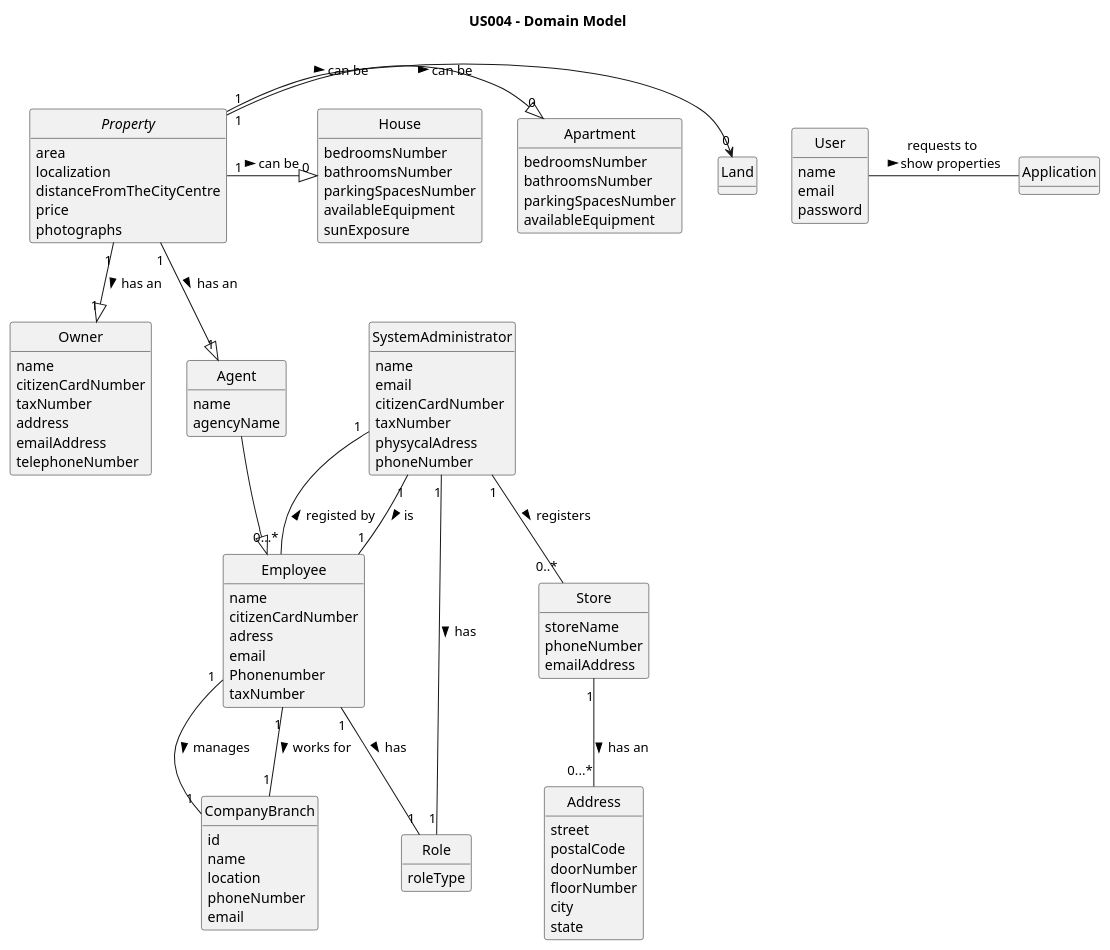
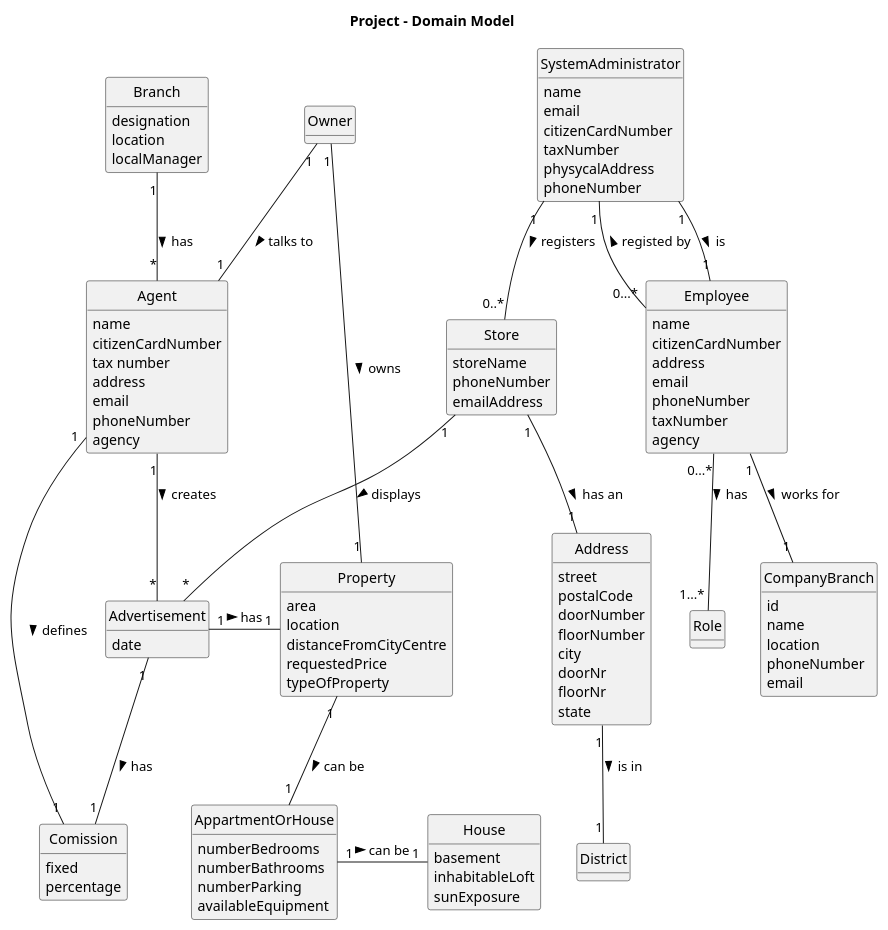
Before and after one commit to 1220812/LAPR2: the diagram in docs/sprintA/global-artifacts/02.analysis/puml/project-domain-model.puml, drawn with PlantUML. The commit also changed 2 other files, not shown here.

Commit message:
us003 correct and project domain model without us004

```diff
--- a/docs/sprintA/global-artifacts/02.analysis/puml/project-domain-model.puml
+++ b/docs/sprintA/global-artifacts/02.analysis/puml/project-domain-model.puml
@@ -1,134 +1,141 @@
 @startuml
 skinparam monochrome true
 skinparam packageStyle rectangle
 skinparam shadowing false
 
 'left to right direction
 
 skinparam classAttributeIconSize 0
 
 hide circle
 hide methods
 
-title US004 - Domain Model
+title Project - Domain Model
 
-abstract class Property {
-    area
-    localization
-    distanceFromTheCityCentre
-    price
-    photographs
+class District {
 }
 
-class Owner {
+
+class Branch {
+    designation
+    location
+    localManager
+}
+
+class Agent {
     name
     citizenCardNumber
-    taxNumber
+    tax number
     address
-    emailAddress
-    telephoneNumber
+    email
+    phoneNumber
+    agency
 }
 
-class Land{
-
+class Property {
+    area
+    location
+    distanceFromCityCentre
+    requestedPrice
+    typeOfProperty
 }
 
-class House{
-    bedroomsNumber
-    bathroomsNumber
-    parkingSpacesNumber
+class Advertisement {
+    date
+}
+
+class AppartmentOrHouse {
+    numberBedrooms
+    numberBathrooms
+    numberParking
     availableEquipment
+}
+
+class House {
+    basement
+    inhabitableLoft
     sunExposure
 }
 
-class Apartment{
-    bedroomsNumber
-    bathroomsNumber
-    parkingSpacesNumber
-    availableEquipment
+class Comission {
+    fixed
+    percentage
 }
-class Agent{
-    name
-    agencyName
+
+class SystemAdministrator{
+  name
+  email
+  citizenCardNumber
+  taxNumber
+  physycalAddress
+  phoneNumber
 }
-class Store {
-    storeName
-    phoneNumber
-    emailAddress
-}
-class SystemAdministrator {
-      name
-      email
-      citizenCardNumber
-      taxNumber
-      physycalAdress
-      phoneNumber
-    }
 
-class Role{
-roleType
 
-}
-class Address {
-    street
-    postalCode
-    doorNumber
-    floorNumber
-    city
-    state
-}
 class Employee {
     name
     citizenCardNumber
-    adress
+    address
     email
-    Phonenumber
+    phoneNumber
     taxNumber
-
-}
-class User {
-    name
-    email
-    password
+    agency
 }
 
-class Application {
-
-}
 class CompanyBranch{
 id
 name
 location
 phoneNumber
 email
 }
 
-Property "1" --|> "1" Owner : has an >
-Property "1" --|> "1" Agent : has an >
+class Role{
+}
 
-Property "1" -R-|> "0" Apartment : can be >
-Property "1" -R-|> "0" House : can be >
-Property "1" -R-----> "0" Land : can be >
+
+class Store {
+    storeName
+    phoneNumber
+    emailAddress
+}
+
+class Address {
+    street
+    postalCode
+    doorNumber
+    floorNumber
+    city
+    doorNr
+    floorNr
+    state
+}
 
 SystemAdministrator "1" -- "0..*" Store : registers >
-Store "1" -- "0...*" Address : has an >
+Store "1" -- "1" Address : has an >
 
 SystemAdministrator "1"--"0...*" Employee: registed by <
+SystemAdministrator "1"--"1" Employee: is >
+Employee "1"--"1" CompanyBranch: works for >
+Employee "0...*"--"1...*" Role: has >
 
-User - Application: requests to \nshow properties >
 
-SystemAdministrator "1" -- "1" Role : has >
+Branch "1" -- "*" Agent : has >
+Agent "1" -- "*" Advertisement : creates >
+Owner "1" -- "1" Property : owns >
+Advertisement "1" - "1" Property : has >
+Property "1" -- "1" AppartmentOrHouse : can be >
+AppartmentOrHouse "1" - "1" House : can be >
+Advertisement "1" -- "1" Comission : has >
+Agent "1" - "1" Comission : defines >
+Owner "1" -- "1" Agent: talks to >
 
-Employee "1" -- "1" Role : has >
-
-Agent  --|>  Employee
-SystemAdministrator "1"--"1" Employee: is >
-Employee "1"--"1" CompanyBranch: manages >
-Employee "1"--"1" CompanyBranch: works for >
+Store "1"-- "*" Advertisement : displays >
+Address "1" -- "1" District : is in >
 
 
 
 
 
 
 @enduml
```
